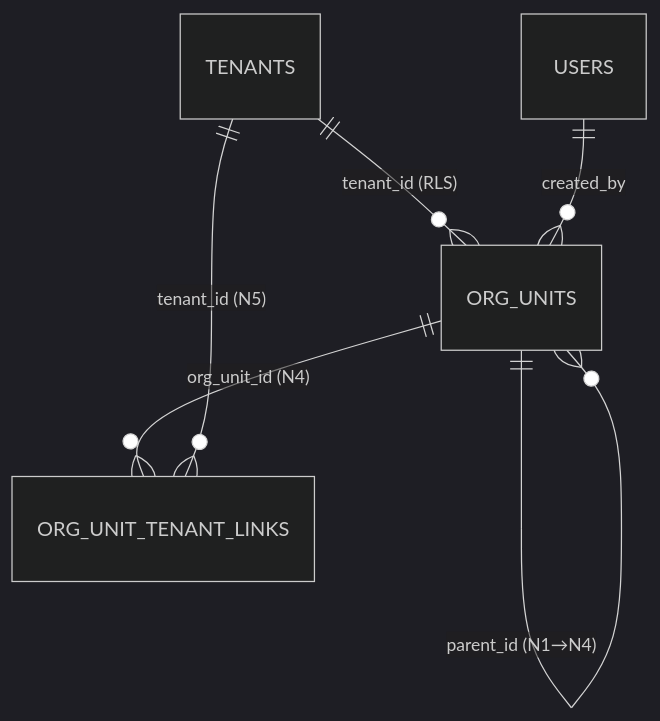
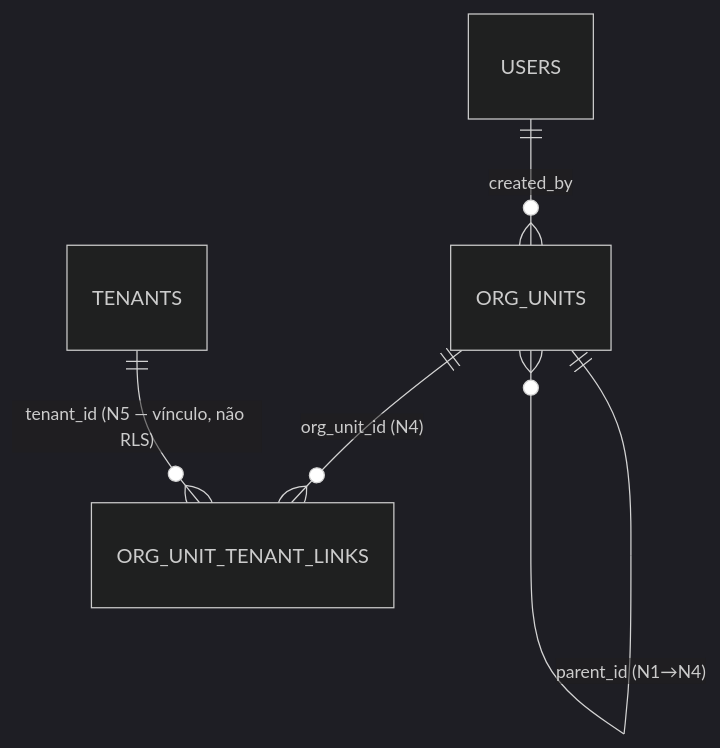
Before and after one commit to sulivanti/easycf: the diagram in docs/04_modules/mod-003-estrutura-organizacional/requirements/data/DATA-001.md, drawn with Mermaid (dark theme). The commit also changed other lines of this file and 280 other files, not shown here.

````diff
--- a/docs/04_modules/mod-003-estrutura-organizacional/requirements/data/DATA-001.md
+++ b/docs/04_modules/mod-003-estrutura-organizacional/requirements/data/DATA-001.md
@@ -92,8 +126,7 @@
 ```mermaid
 erDiagram
-  TENANTS ||--o{ ORG_UNITS : "tenant_id (RLS)"
   ORG_UNITS ||--o{ ORG_UNITS : "parent_id (N1→N4)"
   ORG_UNITS ||--o{ ORG_UNIT_TENANT_LINKS : "org_unit_id (N4)"
-  TENANTS ||--o{ ORG_UNIT_TENANT_LINKS : "tenant_id (N5)"
+  TENANTS ||--o{ ORG_UNIT_TENANT_LINKS : "tenant_id (N5 — vínculo, não RLS)"
   USERS ||--o{ ORG_UNITS : "created_by"
 ```
````
